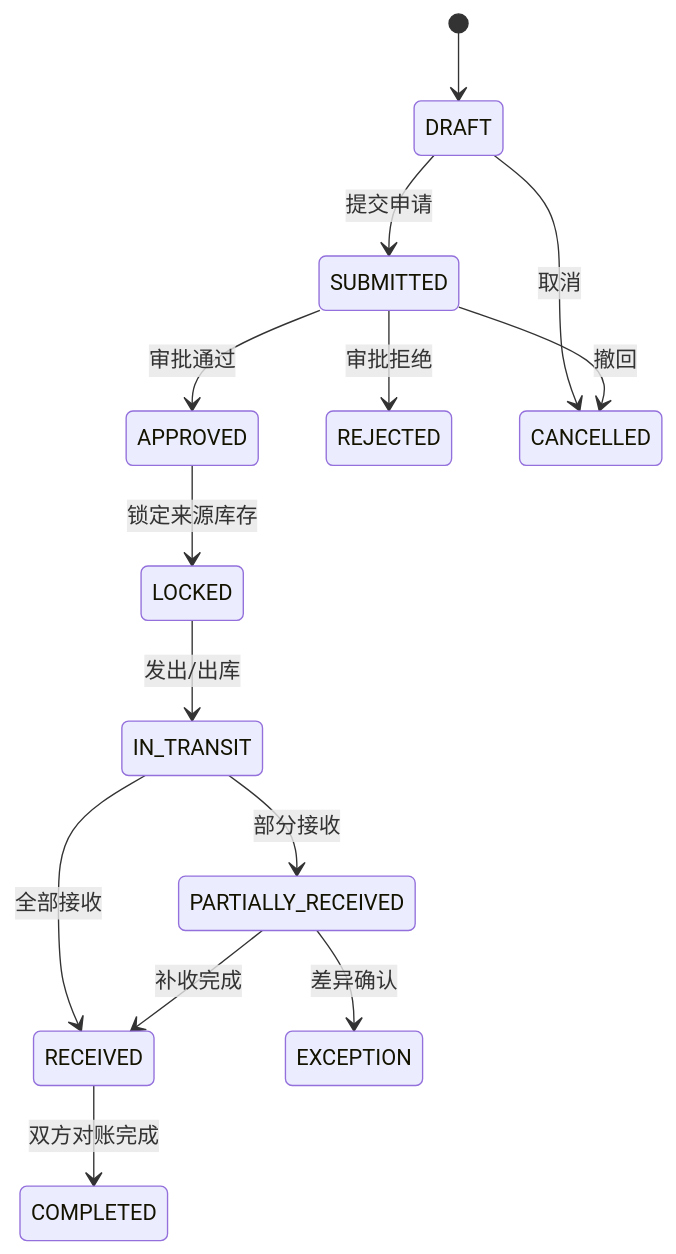
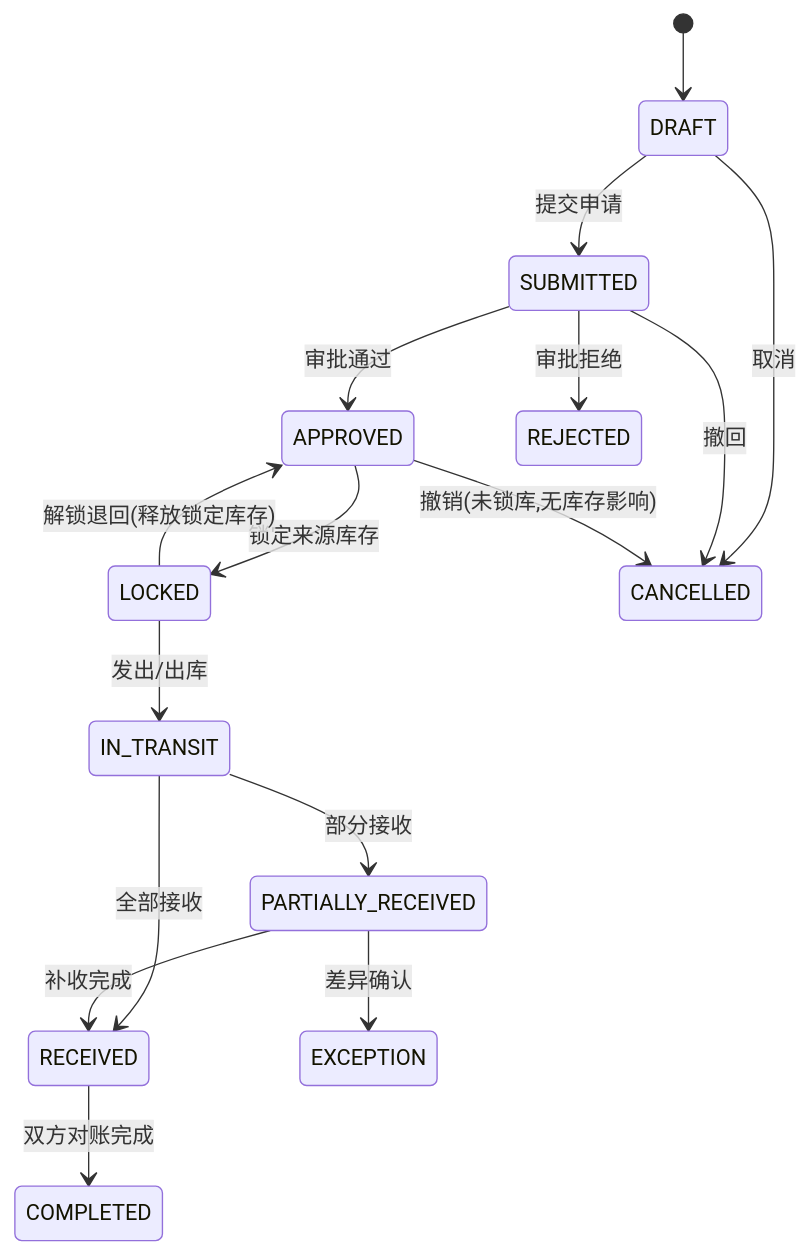
The first of 2 diagrams in docs/12-业务状态机与异常处理.md (3Wsky/jincheng-erp-web), drawn with Mermaid before and after one commit. The commit also changed other lines of this file and 9 other files, not shown here.

````diff
--- a/docs/12-业务状态机与异常处理.md
+++ b/docs/12-业务状态机与异常处理.md
@@ -12,16 +12,18 @@
 ```mermaid
 stateDiagram-v2
   [*] --> DRAFT
   DRAFT --> SUBMITTED: 提交申请
   SUBMITTED --> APPROVED: 审批通过
   SUBMITTED --> REJECTED: 审批拒绝
   APPROVED --> LOCKED: 锁定来源库存
+  LOCKED --> APPROVED: 解锁退回(释放锁定库存)
   LOCKED --> IN_TRANSIT: 发出/出库
   IN_TRANSIT --> PARTIALLY_RECEIVED: 部分接收
   IN_TRANSIT --> RECEIVED: 全部接收
   PARTIALLY_RECEIVED --> RECEIVED: 补收完成
   PARTIALLY_RECEIVED --> EXCEPTION: 差异确认
   RECEIVED --> COMPLETED: 双方对账完成
   DRAFT --> CANCELLED: 取消
   SUBMITTED --> CANCELLED: 撤回
+  APPROVED --> CANCELLED: 撤销(未锁库,无库存影响)
 ```
````
